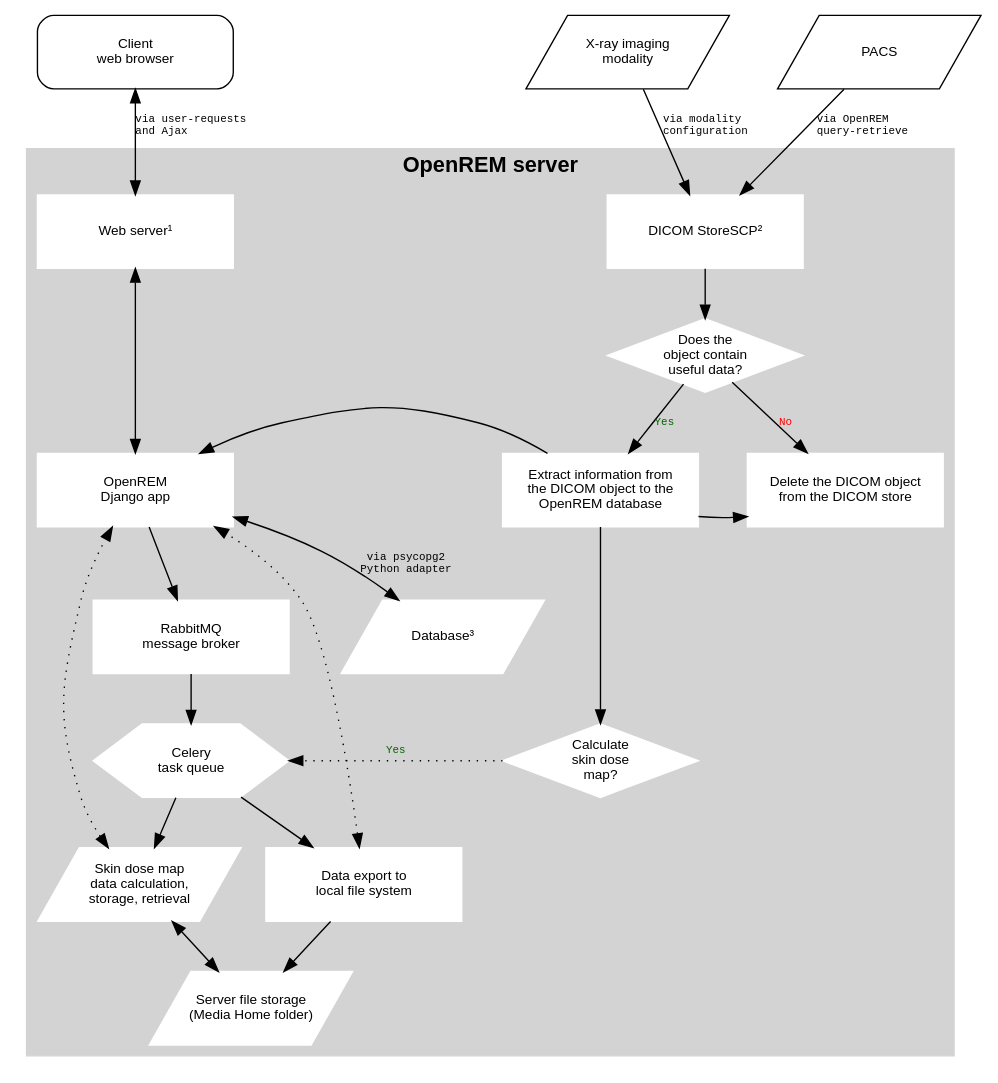
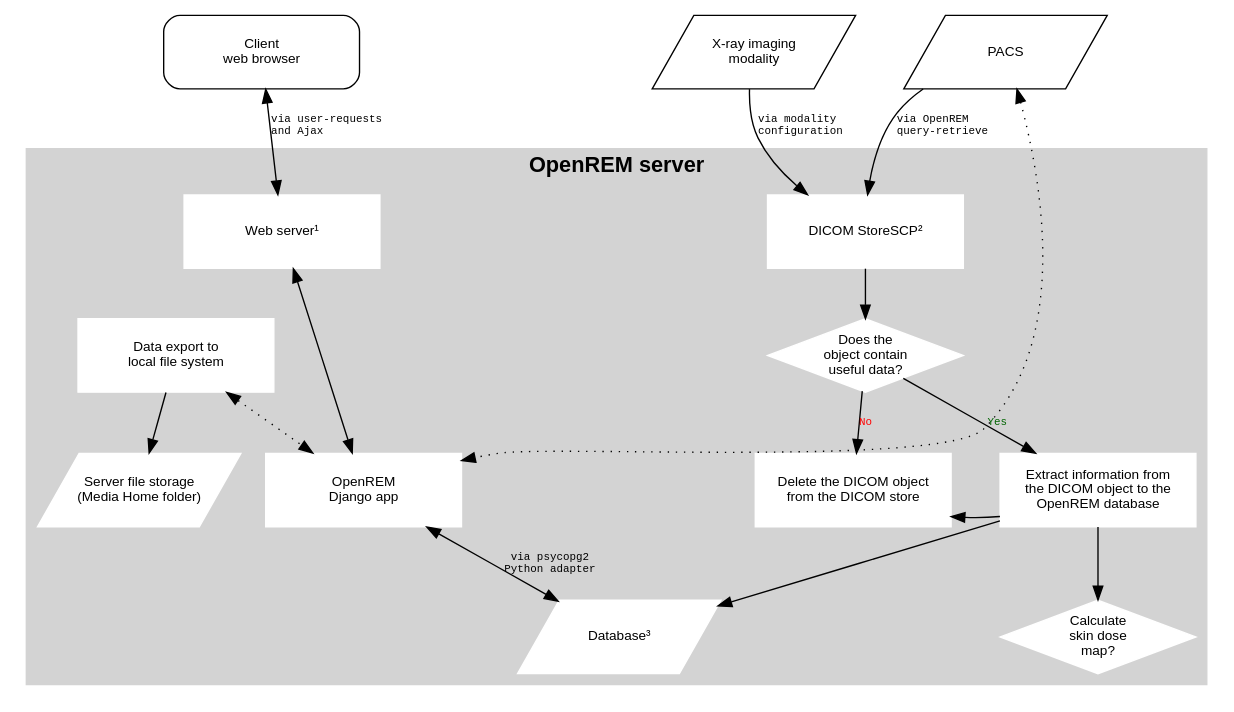
Before and after one commit to themorlan/openREM: the diagram in docs/systemdiagram.rst, drawn with Graphviz. The commit also changed 13 other files, not shown here.

```diff
--- a/docs/systemdiagram.rst
+++ b/docs/systemdiagram.rst
@@ -4,77 +4,67 @@
 .. graphviz::
 
    digraph {
       node [fixedsize=true width=2.0 height=0.75 fontsize=10 margin="0.0,0.0"];
 
       // Define the things on the server
       subgraph cluster_server {
 
          label="OpenREM server";
          tooltip="The server";
          fontname="Helvetica-bold";
          fontsize=16;
          style=filled;
          color=lightgrey;
          node [style=filled color=white];
 
          // Define the nodes for the data storage, display and retrieval
          webserver [label="Web server&sup1;" fontname="Helvetica" tooltip="Serve web pages to the user" shape="box"];
          python_django [label="OpenREM\nDjango app" fontname="Helvetica" tooltip="Python web framework" shape="box"];
          database [label="Database&sup3;" fontname="Helvetica" tooltip="Relational database management system" shape="parallelogram"];
-         rabbitmq [label="RabbitMQ\nmessage broker" fontname="Helvetica" tooltip="Message broker" shape="box"];
-         celery [label="Celery\ntask queue" fontname="Helvetica" tooltip="Asynchronous task queue" shape="hexagon"];
-         skin_dose_map_data [label="Skin dose map\ndata calculation,\nstorage, retrieval" fontname="Helvetica" tooltip="Calculate, store and retrieve skin dose map data" shape="parallelogram"];
          server_media_folder [label="Server file storage\n(Media Home folder)" fontname="Helvetica" tooltip="File storage on the server" shape="parallelogram"];
          data_export [label="Data export to\nlocal file system" fontname="Helvetica" tooltip="Files are made available to the user via a web page URL" shape="box"];
 
          // Define the links between the data storage, display and retrieval
          webserver -> python_django [dir=both];
          python_django -> database [dir=both label="via psycopg2\nPython adapter" fontsize=8 fontname="Courier"];
-         python_django -> rabbitmq;
-         rabbitmq -> celery;
-         celery -> skin_dose_map_data;
-         celery -> data_export;
-         skin_dose_map_data -> server_media_folder [dir=both];
-         skin_dose_map_data -> python_django [style=dotted dir=both];
          data_export -> server_media_folder;
          data_export -> python_django [style=dotted dir=both];
 
          // Define the nodes for the DICOM store, database population and skin dose map calculation
          conquest [label="DICOM StoreSCP&sup2;" fontname="Helvetica" tooltip="Conquest, acting as a DICOM storage SCP" shape="box"];
          conquest_script [shape=diamond label="Does the\nobject contain\nuseful data?" fontname="Helvetica" tooltip="Process the rules in dicom.ini"];
          populate_database [label="Extract information from\nthe DICOM object to the\nOpenREM database" fontname="Helvetica", tooltip="Extract data using OpenREM's python scripts" shape="box"];
          delete_object [label="Delete the DICOM object\nfrom the DICOM store" fontname="Helvetica" tooltip="Delete the DICOM object from the local store SCP" shape="box"];
          calc_skin_dose_map [shape=diamond label="Calculate\nskin dose\nmap?" fontname="Helvetica" tooltip="Calculate the skin dose map?"];
          blank_node_1 [shape=none style=invisible];
 
          // Define the links between the DICOM store, database population and skin dose map calculation
          conquest_script -> populate_database [label="Yes" fontcolor=darkgreen fontsize=8 fontname="Courier"];
          populate_database -> delete_object;
          conquest_script -> delete_object [label="No" fontcolor=red fontsize=8 fontname="Courier"];
          conquest -> conquest_script;
          populate_database -> calc_skin_dose_map;
 
          // Define the links between the two groups
-         python_django -> populate_database [dir=back]
-         calc_skin_dose_map -> celery [style=dotted label="Yes" fontcolor=darkgreen fontsize=8 fontname="Courier"]
+         populate_database -> database
 
          // Force certain nodes to be on the same level so that the diagram looks good (hopefully)
          {rank=same; webserver conquest};
-         {rank=same; celery calc_skin_dose_map };
          {rank=same; python_django->blank_node_1->delete_object->populate_database [style=invis]; rankdir=LR;}
       }
 
       // Define the web browser, modality and pacs nodes
       web_browser [label="Client\nweb browser" fontname="Helvetica" tooltip="The user's web browser" shape="box" style=rounded];
       modality [label="X-ray imaging\nmodality" fontname="Helvetica" tooltip="Data send from an x-ray imaging modality" shape="parallelogram"];
       pacs [label="PACS" fontname="Helvetica" tooltip="A Picture Archiving and Communication System" shape="parallelogram"];
       blank_node_2 [label="" shape=none];
 
       // Define the links that the browser, modality and pacs have
       web_browser -> webserver [dir=both label="via user-requests\land Ajax\l" fontsize=8 fontname="Courier" tooltip="Ajax used to retrieve chart data"];
       modality -> conquest [label="via modality\lconfiguration\l" fontsize=8 fontname="Courier"];
       pacs -> conquest [label="via OpenREM\lquery-retrieve\l" fontsize=8 fontname="Courier"];
+      pacs -> python_django [style=dotted dir=both];
 
       // Force the web browser, blank node, modality and pacs to be on the same level in a specific order
       {rank=same; web_browser->blank_node_2->modality->pacs [style=invis]; rankdir=LR;};
    }
```
